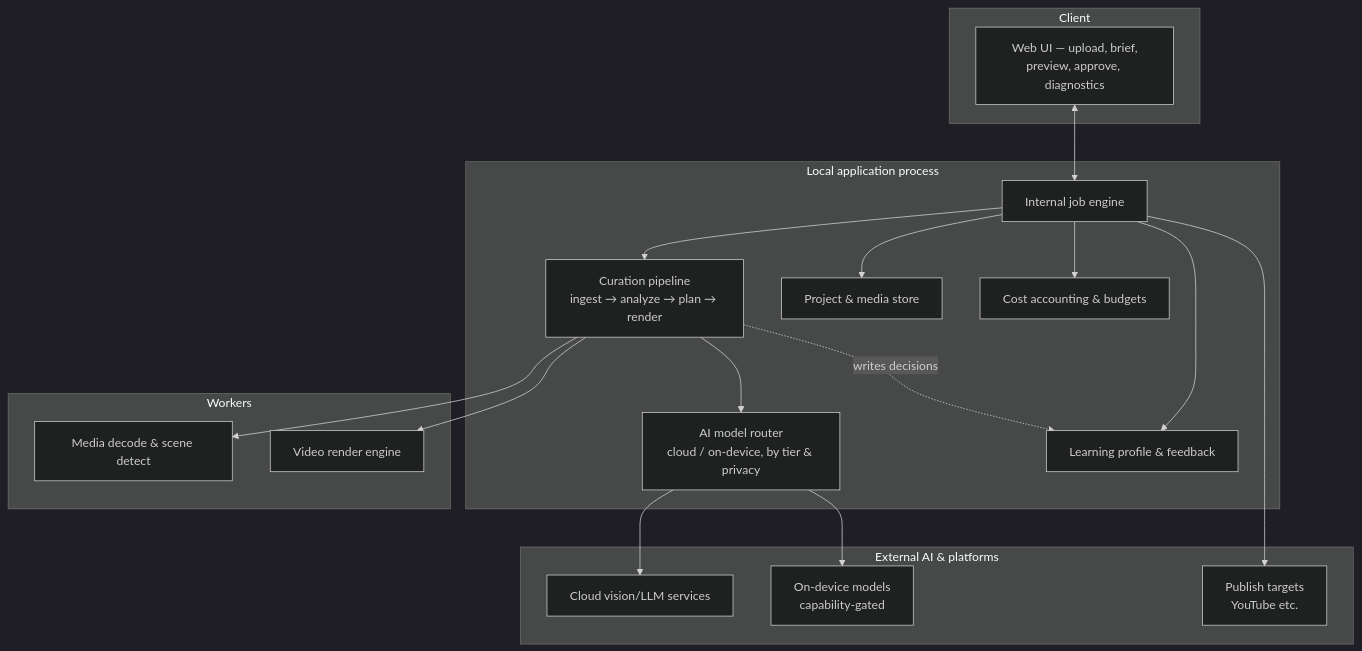
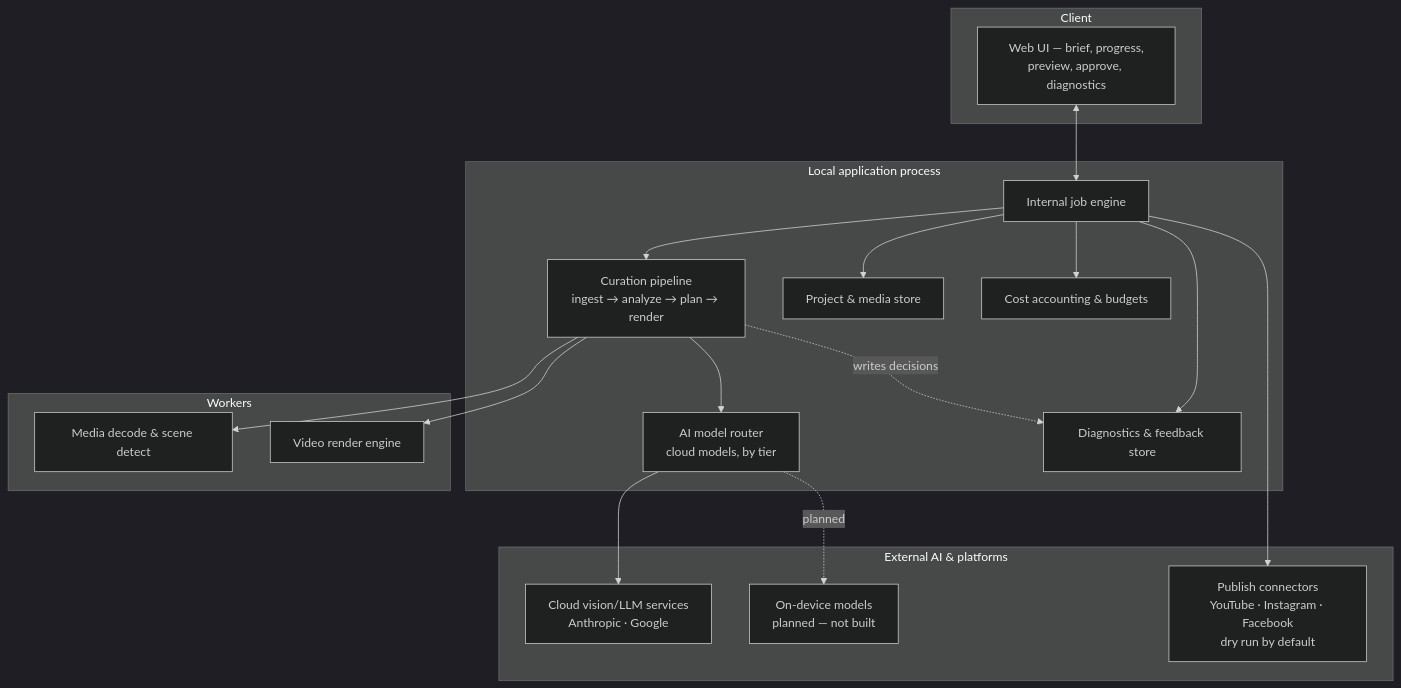
Before and after one commit to khoks/impact-crater: the second of 5 diagrams in docs/OVERVIEW.md, drawn with Mermaid (dark theme). The commit also changed other lines of this file and 19 other files, not shown here.

````diff
--- a/docs/OVERVIEW.md
+++ b/docs/OVERVIEW.md
@@ -294,39 +343,39 @@
 ```mermaid
 flowchart TB
     subgraph Client
-        UI[Web UI — upload, brief,<br/>preview, approve, diagnostics]
+        UI[Web UI — brief, progress,<br/>preview, approve, diagnostics]
     end
 
     subgraph App[Local application process]
         ORCH[Internal job engine]
-        ROUTER[AI model router<br/>cloud / on-device, by tier & privacy]
+        ROUTER[AI model router<br/>cloud models, by tier]
         PIPE[Curation pipeline<br/>ingest → analyze → plan → render]
         STORE[Project & media store]
         ACCT[Cost accounting & budgets]
-        PROFILE[Learning profile & feedback]
+        FEEDBACK[Diagnostics & feedback store]
     end
 
     subgraph Workers
         DECODE[Media decode & scene detect]
         RENDER[Video render engine]
     end
 
     subgraph External[External AI & platforms]
-        CLOUDAI[Cloud vision/LLM services]
-        LOCALAI[On-device models<br/>capability-gated]
-        PLATFORMS[Publish targets<br/>YouTube etc.]
+        CLOUDAI[Cloud vision/LLM services<br/>Anthropic · Google]
+        LOCALAI[On-device models<br/>planned — not built]
+        PLATFORMS[Publish connectors<br/>YouTube · Instagram · Facebook<br/>dry run by default]
     end
 
     UI <--> ORCH
     ORCH --> PIPE
     PIPE --> ROUTER
     ROUTER --> CLOUDAI
-    ROUTER --> LOCALAI
+    ROUTER -. planned .-> LOCALAI
     PIPE --> DECODE
     PIPE --> RENDER
     ORCH --> STORE
     ORCH --> ACCT
-    ORCH --> PROFILE
+    ORCH --> FEEDBACK
     ORCH --> PLATFORMS
-    PIPE -. writes decisions .-> PROFILE
+    PIPE -. writes decisions .-> FEEDBACK
 ```
````
